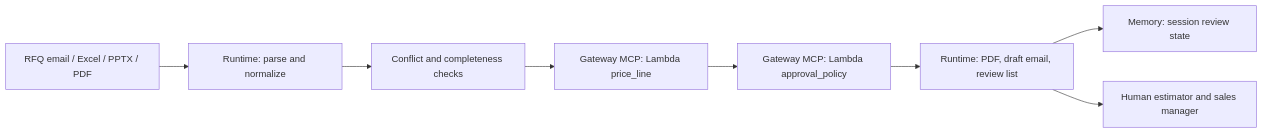
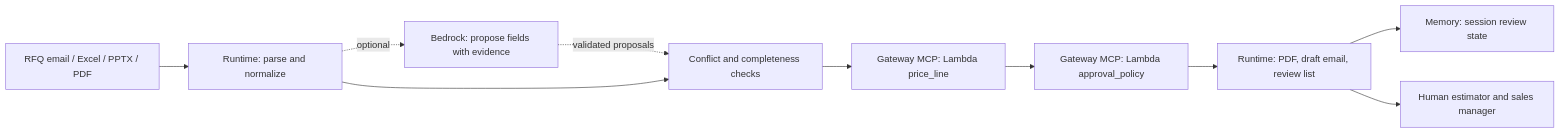
The diagram in README.md (helongfang8-rgb/axrail-ai-quotation-agent), drawn with Mermaid before and after one commit. The commit also changed other lines of this file and 9 other files, not shown here.

Commit message:
Add optional evidence-based Bedrock extraction

````diff
--- a/README.md
+++ b/README.md
@@ -26,10 +30,12 @@
 ```mermaid
 flowchart LR
   A[RFQ email / Excel / PPTX / PDF] --> B[Runtime: parse and normalize]
-  B --> C[Conflict and completeness checks]
+  B -. optional .-> X[Bedrock: propose fields with evidence]
+  X -. validated proposals .-> C[Conflict and completeness checks]
+  B --> C
   C --> D[Gateway MCP: Lambda price_line]
   D --> E[Gateway MCP: Lambda approval_policy]
   E --> F[Runtime: PDF, draft email, review list]
   F --> G[Memory: session review state]
   F --> H[Human estimator and sales manager]
 ```
````
